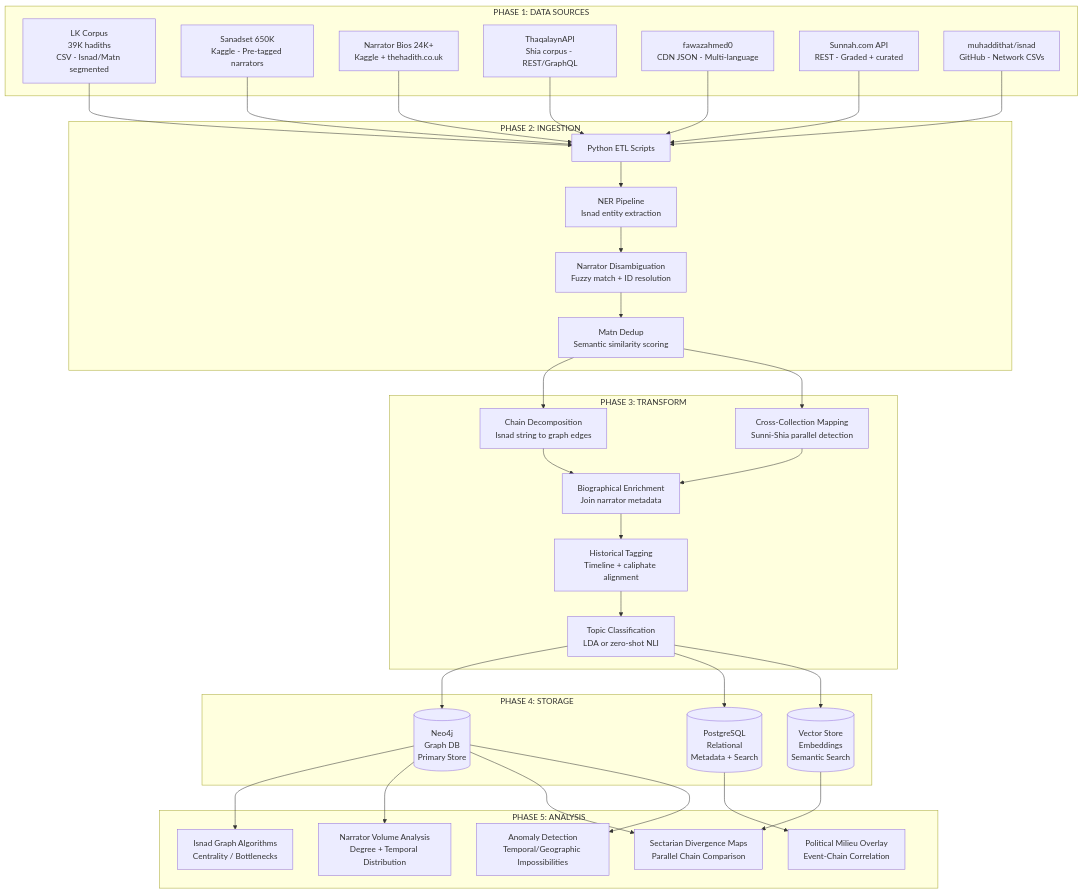
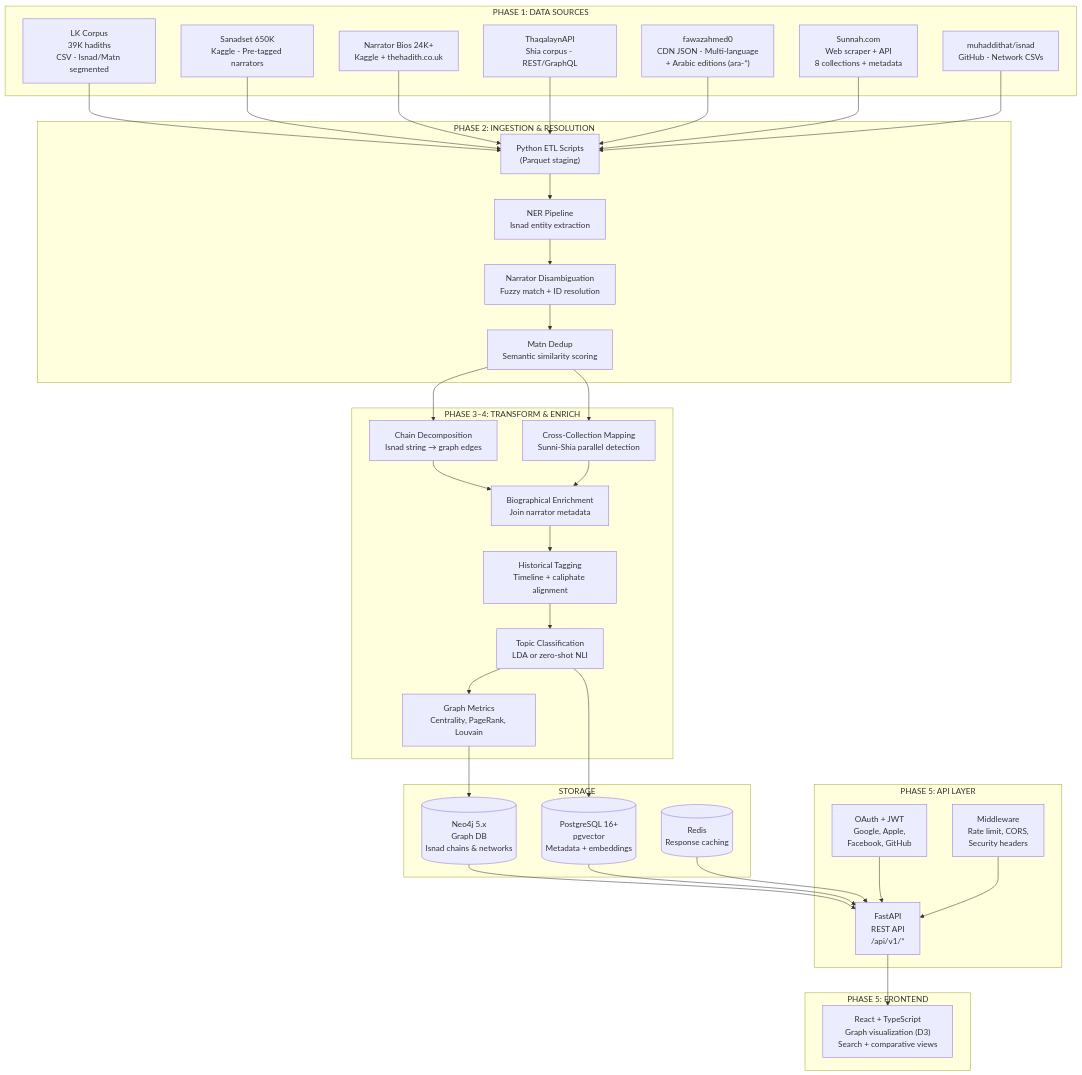
The diagram in docs/diagrams/hadith_analysis_platform.mmd (noorinalabs/isnad-graph), drawn with Mermaid before and after one commit. The commit also changed 3 other files, not shown here.

First line of the commit message:
docs(diagrams): update architecture, ER, and Gantt diagrams; add auth flow (#214)

```diff
--- a/docs/diagrams/hadith_analysis_platform.mmd
+++ b/docs/diagrams/hadith_analysis_platform.mmd
@@ -1,65 +1,68 @@
 flowchart TB
     subgraph Sources["PHASE 1: DATA SOURCES"]
         S1["LK Corpus\n39K hadiths\nCSV - Isnad/Matn segmented"]
         S2["Sanadset 650K\nKaggle - Pre-tagged narrators"]
         S3["Narrator Bios 24K+\nKaggle + thehadith.co.uk"]
         S4["ThaqalaynAPI\nShia corpus - REST/GraphQL"]
-        S5["fawazahmed0\nCDN JSON - Multi-language"]
-        S6["Sunnah.com API\nREST - Graded + curated"]
+        S5["fawazahmed0\nCDN JSON - Multi-language\n+ Arabic editions (ara-*)"]
+        S6["Sunnah.com\nWeb scraper + API\n8 collections + metadata"]
         S7["muhaddithat/isnad\nGitHub - Network CSVs"]
     end
 
-    subgraph Ingest["PHASE 2: INGESTION"]
-        I1["Python ETL Scripts"]
+    subgraph Ingest["PHASE 2: INGESTION & RESOLUTION"]
+        I1["Python ETL Scripts\n(Parquet staging)"]
         I2["NER Pipeline\nIsnad entity extraction"]
         I3["Narrator Disambiguation\nFuzzy match + ID resolution"]
         I4["Matn Dedup\nSemantic similarity scoring"]
     end
 
-    subgraph Transform["PHASE 3: TRANSFORM"]
-        T1["Chain Decomposition\nIsnad string to graph edges"]
+    subgraph Transform["PHASE 3–4: TRANSFORM & ENRICH"]
+        T1["Chain Decomposition\nIsnad string → graph edges"]
         T2["Cross-Collection Mapping\nSunni-Shia parallel detection"]
         T3["Biographical Enrichment\nJoin narrator metadata"]
         T4["Historical Tagging\nTimeline + caliphate alignment"]
         T5["Topic Classification\nLDA or zero-shot NLI"]
+        T6["Graph Metrics\nCentrality, PageRank, Louvain"]
     end
 
-    subgraph Store["PHASE 4: STORAGE"]
-        DB1[("Neo4j\nGraph DB\nPrimary Store")]
-        DB2[("PostgreSQL\nRelational\nMetadata + Search")]
-        DB3[("Vector Store\nEmbeddings\nSemantic Search")]
+    subgraph Store["STORAGE"]
+        DB1[("Neo4j 5.x\nGraph DB\nIsnad chains & networks")]
+        DB2[("PostgreSQL 16+\npgvector\nMetadata + embeddings")]
+        DB3[("Redis\nResponse caching")]
     end
 
-    subgraph Analyze["PHASE 5: ANALYSIS"]
-        A1["Isnad Graph Algorithms\nCentrality / Bottlenecks"]
-        A2["Narrator Volume Analysis\nDegree + Temporal Distribution"]
-        A3["Political Milieu Overlay\nEvent-Chain Correlation"]
-        A4["Sectarian Divergence Maps\nParallel Chain Comparison"]
-        A5["Anomaly Detection\nTemporal/Geographic Impossibilities"]
+    subgraph API["PHASE 5: API LAYER"]
+        F1["FastAPI\nREST API\n/api/v1/*"]
+        AUTH["OAuth + JWT\nGoogle, Apple,\nFacebook, GitHub"]
+        MW["Middleware\nRate limit, CORS,\nSecurity headers"]
+    end
+
+    subgraph Frontend["PHASE 5: FRONTEND"]
+        R1["React + TypeScript\nGraph visualization (D3)\nSearch + comparative views"]
     end
 
     S1 --> I1
     S2 --> I1
     S3 --> I1
     S4 --> I1
     S5 --> I1
     S6 --> I1
     S7 --> I1
     I1 --> I2
     I2 --> I3
     I3 --> I4
     I4 --> T1
     I4 --> T2
     T1 --> T3
     T2 --> T3
     T3 --> T4
     T4 --> T5
-    T5 --> DB1
+    T5 --> T6
+    T6 --> DB1
     T5 --> DB2
-    T5 --> DB3
-    DB1 --> A1
-    DB1 --> A2
-    DB1 --> A4
-    DB2 --> A3
-    DB3 --> A4
-    DB1 --> A5
+    DB1 --> F1
+    DB2 --> F1
+    DB3 --> F1
+    AUTH --> F1
+    MW --> F1
+    F1 --> R1
```
